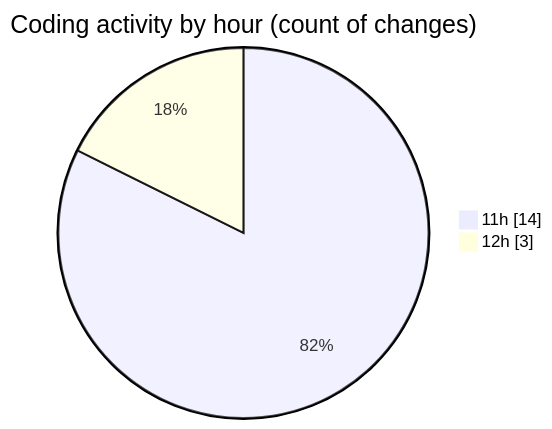
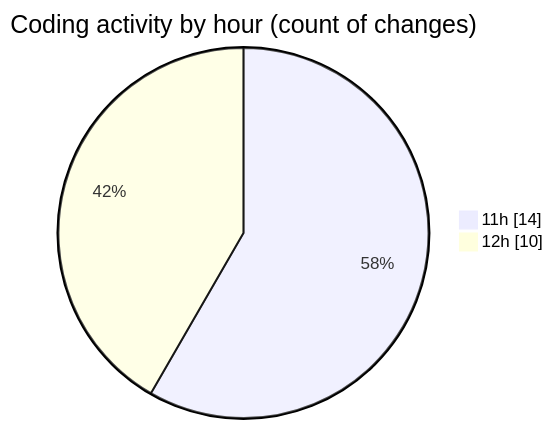
The second of 2 diagrams in 2025-08-28/nxtqube_webapp/README.md (nxtqubesakshisongat/code-tracking), drawn with Mermaid before and after one commit. The commit also changed other lines of this file and 1 other file, not shown here.

````diff
--- a/2025-08-28/nxtqube_webapp/README.md
+++ b/2025-08-28/nxtqube_webapp/README.md
@@ -31,6 +31,6 @@
 ```mermaid
 pie showData
 title Coding activity by hour (count of changes)
 "11h" : 14
-"12h" : 3
+"12h" : 10
 ```
````
